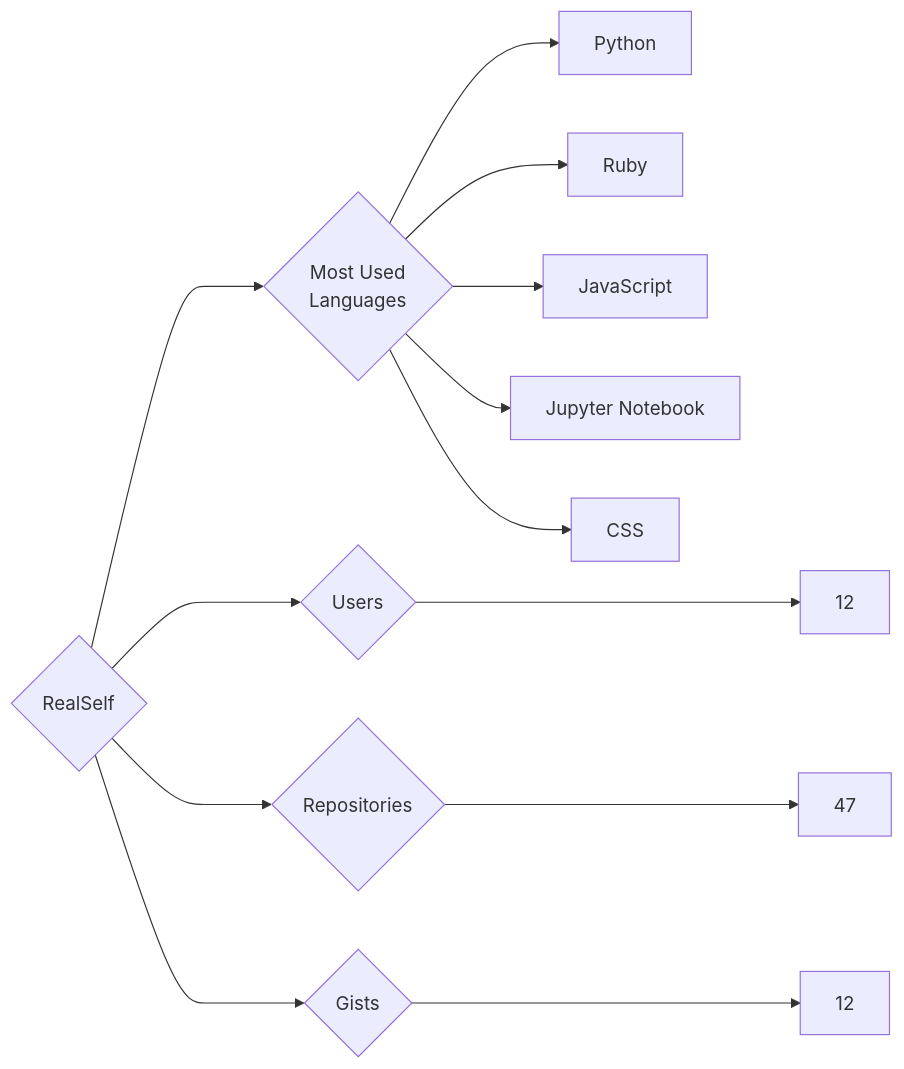
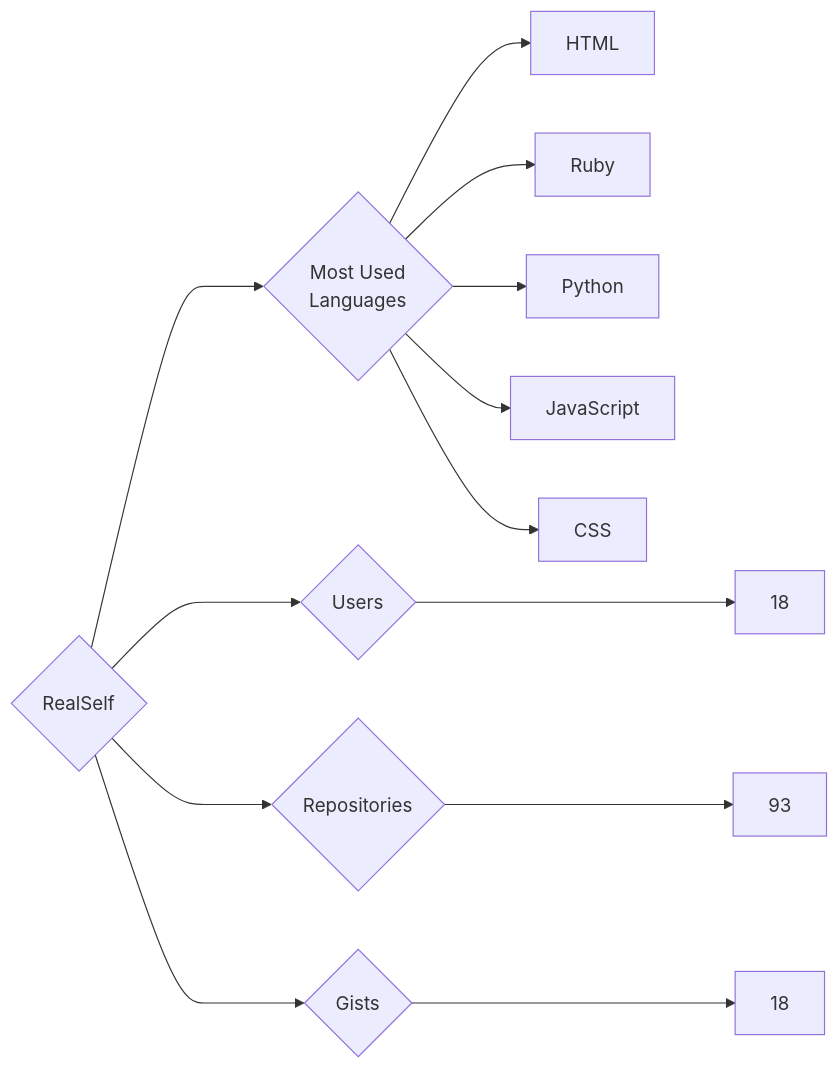
One commit to trickest/insiders changed the diagram in targets/RealSelf/README.md. Above: the diagram before and after it, drawn with Mermaid. The commit also changed 970 other files, not shown here.

````diff
--- a/targets/RealSelf/README.md
+++ b/targets/RealSelf/README.md
@@ -3,13 +3,13 @@
 ```mermaid
 graph LR
 COMPANY_NAME{RealSelf}
-COMPANY_NAME ---> U{Users} ---> UN[12]
-COMPANY_NAME ---> R{Repositories} ---> RN[47]
-COMPANY_NAME ---> G{Gists} ---> GN[12]
+COMPANY_NAME ---> U{Users} ---> UN[18]
+COMPANY_NAME ---> R{Repositories} ---> RN[93]
+COMPANY_NAME ---> G{Gists} ---> GN[18]
 COMPANY_NAME ---> ML{Most Used<br>Languages}
+ML --> HTML[HTML]
+ML --> Ruby[Ruby]
 ML --> Python[Python]
-ML --> Ruby[Ruby]
 ML --> JavaScript[JavaScript]
-ML --> Jupyter_Notebook[Jupyter Notebook]
 ML --> CSS[CSS]
 ```
````
